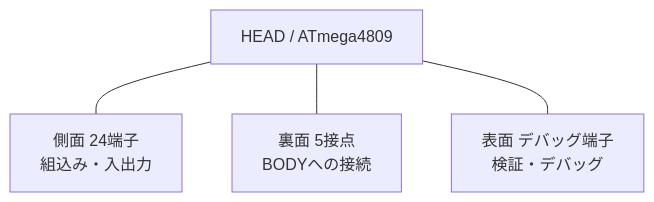
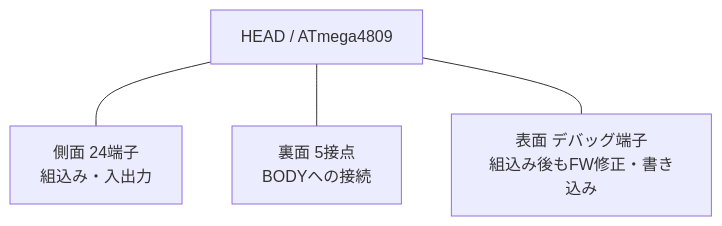
One commit to ymmtynk/BARONDUINO_EVERY changed the second of 2 diagrams in hardware/README.md. Above: the diagram before and after it, drawn with Mermaid. The commit also changed other lines of this file, not shown here.

````diff
--- a/hardware/README.md
+++ b/hardware/README.md
@@ -29,10 +29,10 @@
 ```mermaid
 flowchart TB
     H["HEAD / ATmega4809"]
     SIDE["側面 24端子<br/>組込み・入出力"]
     BACK["裏面 5接点<br/>BODYへの接続"]
-    FRONT["表面 デバッグ端子<br/>検証・デバッグ"]
+    FRONT["表面 デバッグ端子<br/>組込み後もFW修正・書き込み"]
     H --- SIDE
     H --- BACK
     H --- FRONT
 ```
````
